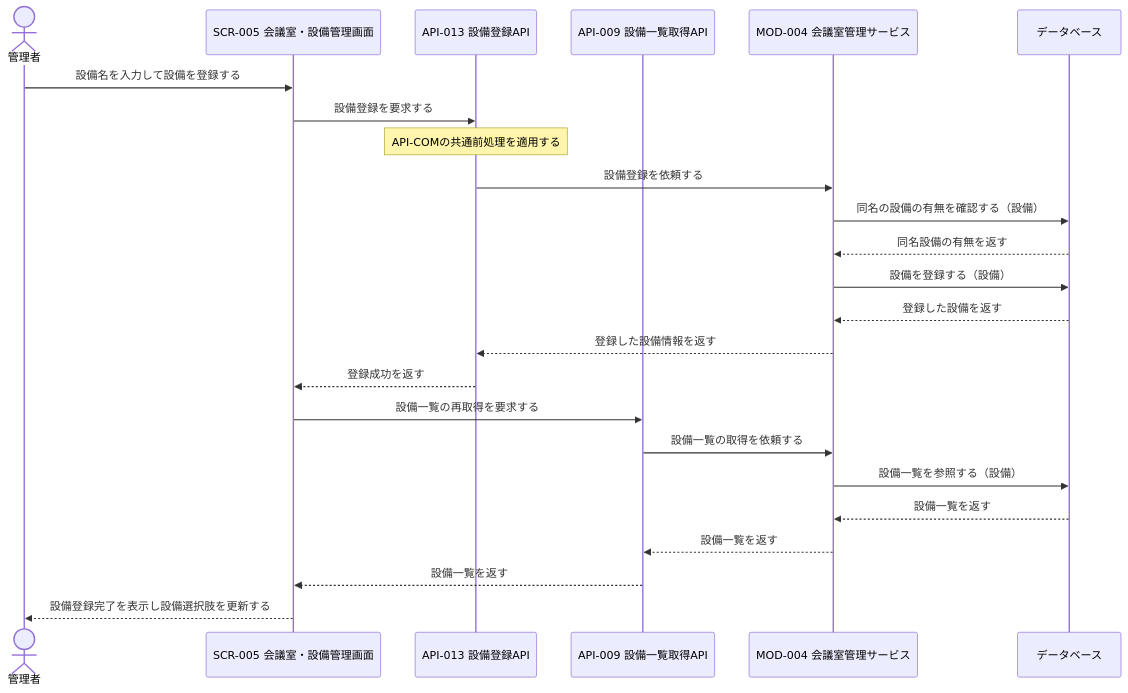
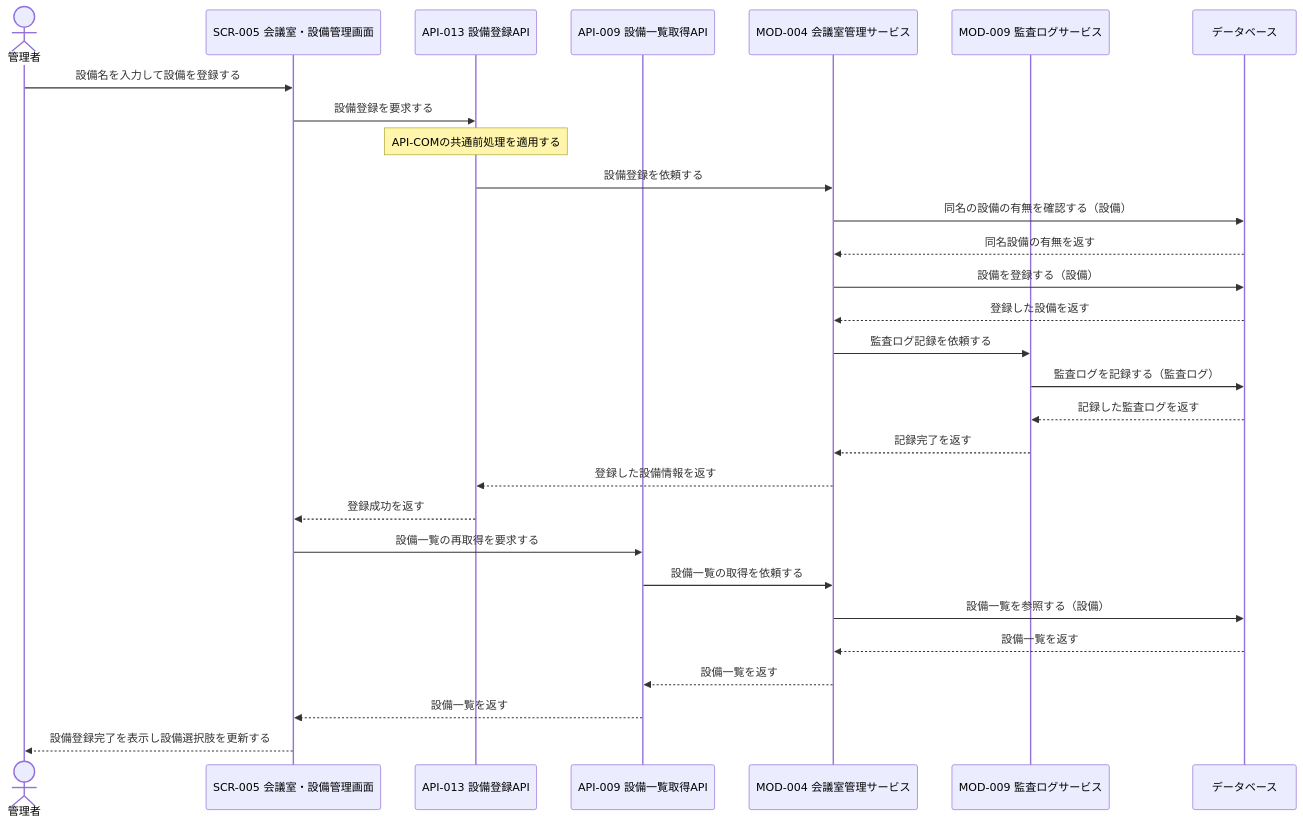
One commit to sikakou54/system-document-template changed the third of 5 diagrams in docs/03_機能設計/02_シーケンス設計/SEQ-009_会議室・設備管理シーケンス.md. Above: the diagram before and after it, drawn with Mermaid. The commit also changed other lines of this file and 136 other files, not shown here.

````diff
--- a/docs/03_機能設計/02_シーケンス設計/SEQ-009_会議室・設備管理シーケンス.md
+++ b/docs/03_機能設計/02_シーケンス設計/SEQ-009_会議室・設備管理シーケンス.md
@@ -113,27 +149,32 @@
 ```mermaid
 sequenceDiagram
     actor U as 管理者
     participant UI as SCR-005 会議室・設備管理画面
     participant EQREG as API-013 設備登録API
     participant EQL as API-009 設備一覧取得API
     participant MOD as MOD-004 会議室管理サービス
+    participant AUDIT as MOD-009 監査ログサービス
     participant DB as データベース
 
     U->>UI: 設備名を入力して設備を登録する
     UI->>EQREG: 設備登録を要求する
     Note over EQREG: API-COMの共通前処理を適用する
     EQREG->>MOD: 設備登録を依頼する
     MOD->>DB: 同名の設備の有無を確認する（設備）
     DB-->>MOD: 同名設備の有無を返す
     MOD->>DB: 設備を登録する（設備）
     DB-->>MOD: 登録した設備を返す
+    MOD->>AUDIT: 監査ログ記録を依頼する
+    AUDIT->>DB: 監査ログを記録する（監査ログ）
+    DB-->>AUDIT: 記録した監査ログを返す
+    AUDIT-->>MOD: 記録完了を返す
     MOD-->>EQREG: 登録した設備情報を返す
     EQREG-->>UI: 登録成功を返す
     UI->>EQL: 設備一覧の再取得を要求する
     EQL->>MOD: 設備一覧の取得を依頼する
     MOD->>DB: 設備一覧を参照する（設備）
     DB-->>MOD: 設備一覧を返す
     MOD-->>EQL: 設備一覧を返す
     EQL-->>UI: 設備一覧を返す
     UI-->>U: 設備登録完了を表示し設備選択肢を更新する
 ```
````
